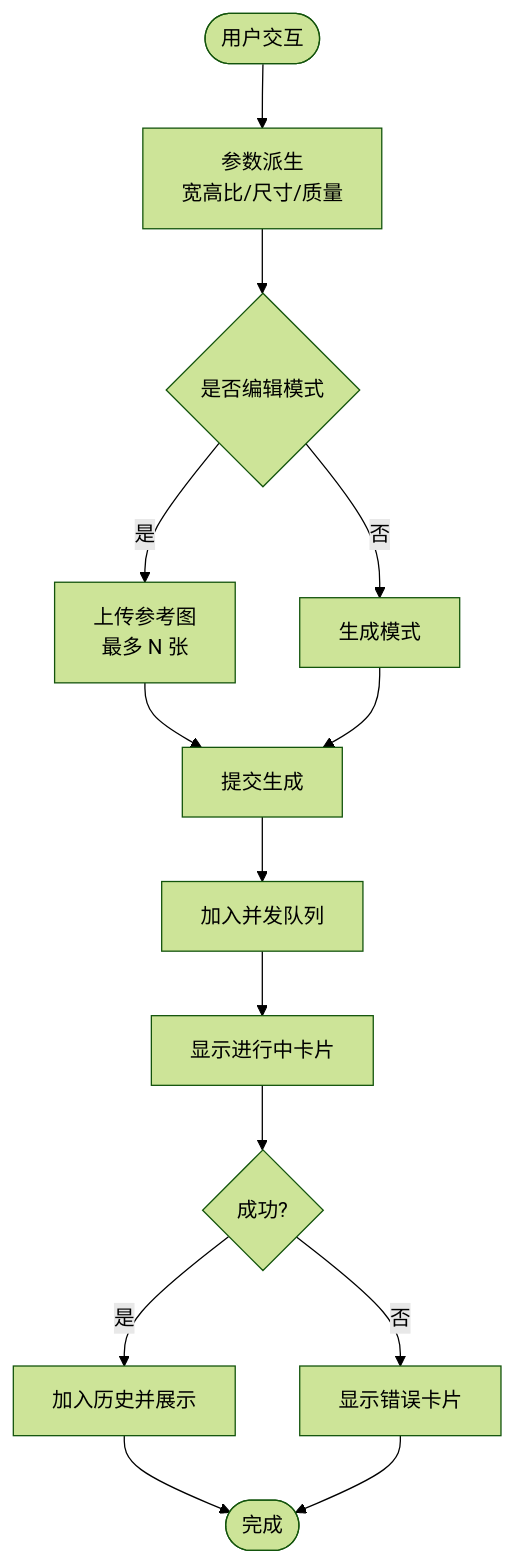
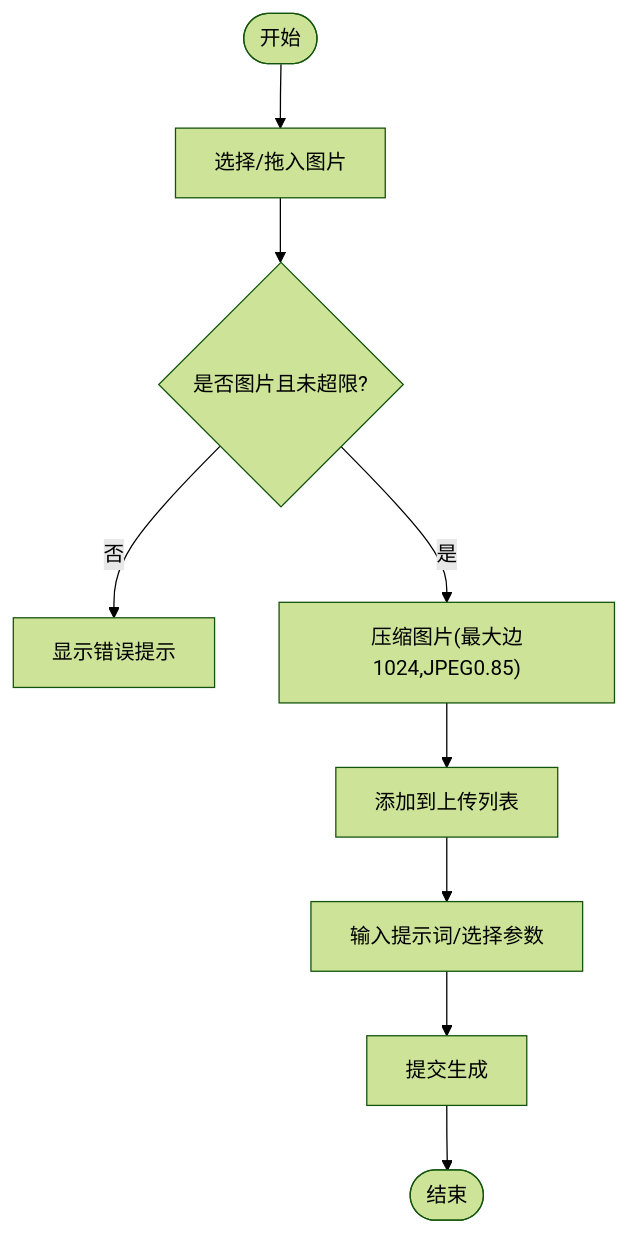
Before and after one commit to billye220670/AIShop: the third of 6 diagrams in .qoder/repowiki/zh/content/图像生成功能/图像生成功能.md, drawn with Mermaid (forest theme). The commit also changed other lines of this file and 135 other files, not shown here.

````diff
--- a/.qoder/repowiki/zh/content/图像生成功能/图像生成功能.md
+++ b/.qoder/repowiki/zh/content/图像生成功能/图像生成功能.md
@@ -153,16 +117,11 @@
 ```mermaid
 flowchart TD
-Start(["用户交互"]) --> Params["参数派生<br/>宽高比/尺寸/质量"]
-Params --> Mode{"是否编辑模式"}
-Mode --> |是| Edit["上传参考图<br/>最多 N 张"]
-Mode --> |否| Gen["生成模式"]
-Edit --> Submit["提交生成"]
-Gen --> Submit
-Submit --> Queue["加入并发队列"]
-Queue --> Pending["显示进行中卡片"]
-Pending --> Success{"成功?"}
-Success --> |是| History["加入历史并展示"]
-Success --> |否| Error["显示错误卡片"]
-History --> End(["完成"])
-Error --> End
+Start(["开始"]) --> Pick["选择/拖入图片"]
+Pick --> Validate{"是否图片且未超限?"}
+Validate -- 否 --> ShowErr["显示错误提示"]
+Validate -- 是 --> Compress["压缩图片(最大边1024,JPEG0.85)"]
+Compress --> Add["添加到上传列表"]
+Add --> Prompt["输入提示词/选择参数"]
+Prompt --> Submit["提交生成"]
+Submit --> End(["结束"])
 ```
````
